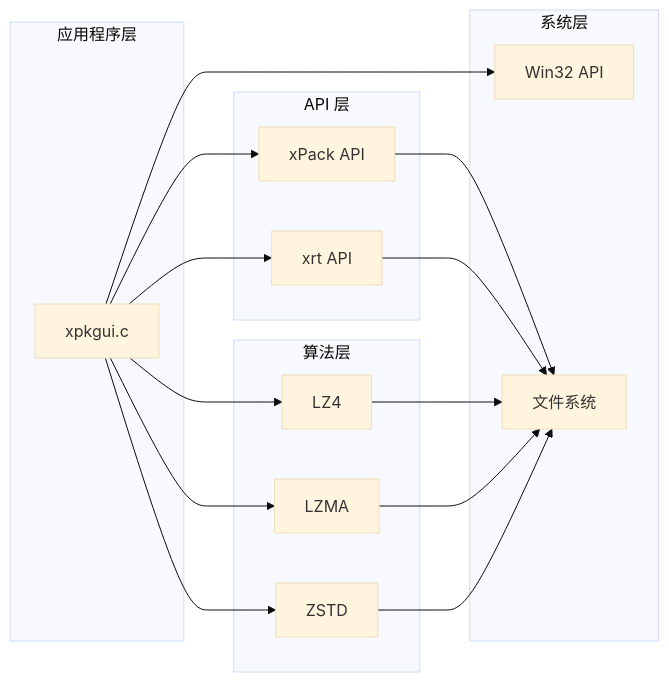
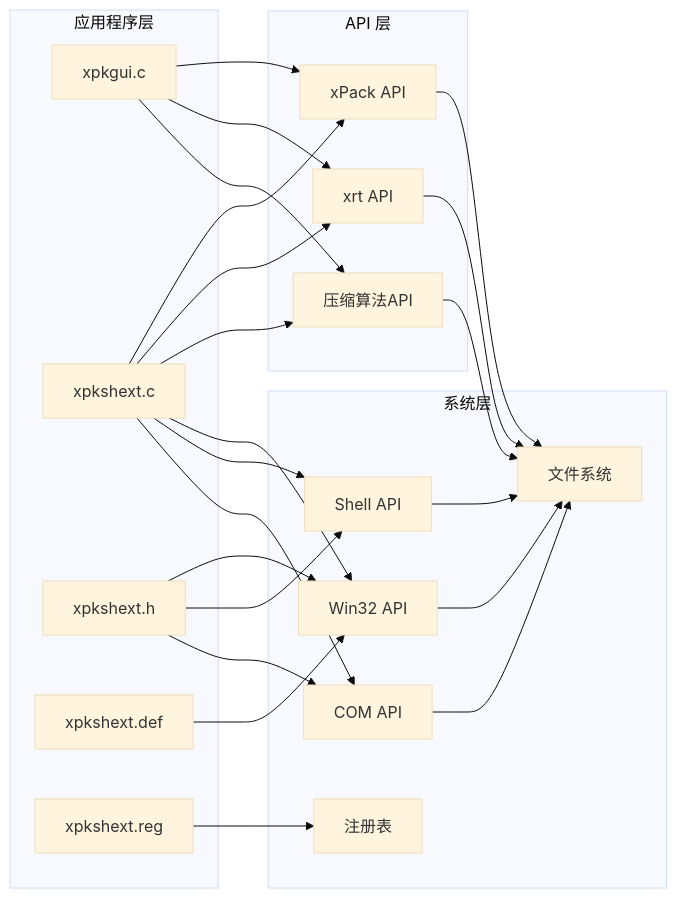
Before and after one commit to xywhsoft/xpack: diagram 11 of 12 in .qoder/repowiki/zh/content/开发者指南/xpkgui 图形界面工具.md, drawn with Mermaid (base theme). The commit also changed other lines of this file and 42 other files, not shown here.

````diff
--- a/.qoder/repowiki/zh/content/开发者指南/xpkgui 图形界面工具.md
+++ b/.qoder/repowiki/zh/content/开发者指南/xpkgui 图形界面工具.md
@@ -310,30 +656,42 @@
 ```mermaid
 graph LR
 subgraph "应用程序层"
 A[xpkgui.c]
+B[xpkshext.c]
+C[xpkshext.h]
+D[xpkshext.def]
+E[xpkshext.reg]
 end
 subgraph "API 层"
-B[xPack API]
-C[xrt API]
-end
-subgraph "算法层"
-D[LZ4]
-E[LZMA]
-F[ZSTD]
+F[xPack API]
+G[xrt API]
+H[压缩算法API]
 end
 subgraph "系统层"
-G[Win32 API]
-H[文件系统]
+I[Win32 API]
+J[文件系统]
+K[注册表]
+L[Shell API]
+M[COM API]
 end
-A --> B
-A --> C
-A --> D
-A --> E
 A --> F
 A --> G
+A --> H
+B --> F
+B --> G
 B --> H
-C --> H
-D --> H
-E --> H
-F --> H
+B --> I
+B --> L
+B --> M
+C --> I
+C --> L
+C --> M
+D --> I
+E --> K
+F --> J
+G --> J
+H --> J
+I --> J
+L --> J
+M --> J
 ```
````
